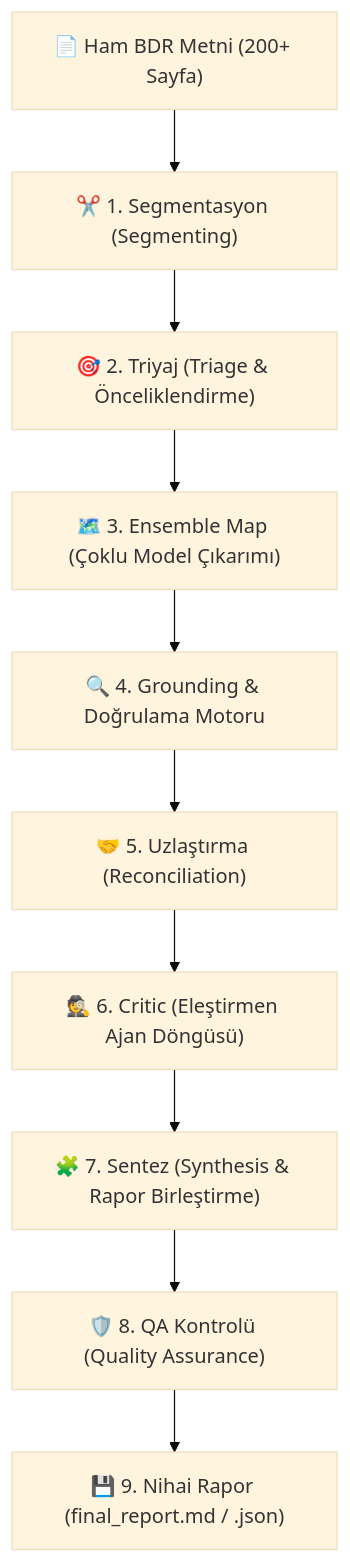
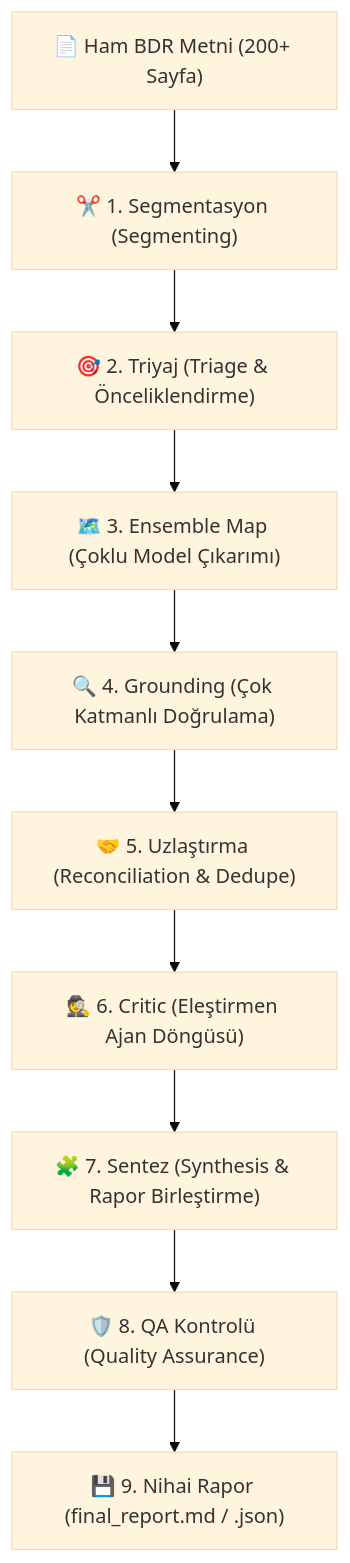
One commit to engincts/Finside-AI changed the diagram in docs/ARCHITECTURE.md. Above: the diagram before and after it, drawn with Mermaid (base theme). The commit also changed other lines of this file and 6 other files, not shown here.

````diff
--- a/docs/ARCHITECTURE.md
+++ b/docs/ARCHITECTURE.md
@@ -9,12 +9,12 @@
 ```mermaid
 flowchart TD
     A["📄 Ham BDR Metni (200+ Sayfa)"] --> B["✂️ 1. Segmentasyon (Segmenting)"]
     B --> C["🎯 2. Triyaj (Triage & Önceliklendirme)"]
     C --> D["🗺️ 3. Ensemble Map (Çoklu Model Çıkarımı)"]
-    D --> E["🔍 4. Grounding & Doğrulama Motoru"]
-    E --> F["🤝 5. Uzlaştırma (Reconciliation)"]
+    D --> E["🔍 4. Grounding (Çok Katmanlı Doğrulama)"]
+    E --> F["🤝 5. Uzlaştırma (Reconciliation & Dedupe)"]
     F --> G["🕵️ 6. Critic (Eleştirmen Ajan Döngüsü)"]
     G --> H["🧩 7. Sentez (Synthesis & Rapor Birleştirme)"]
     H --> I["🛡️ 8. QA Kontrolü (Quality Assurance)"]
     I --> J["💾 9. Nihai Rapor (final_report.md / .json)"]
 ```
````
